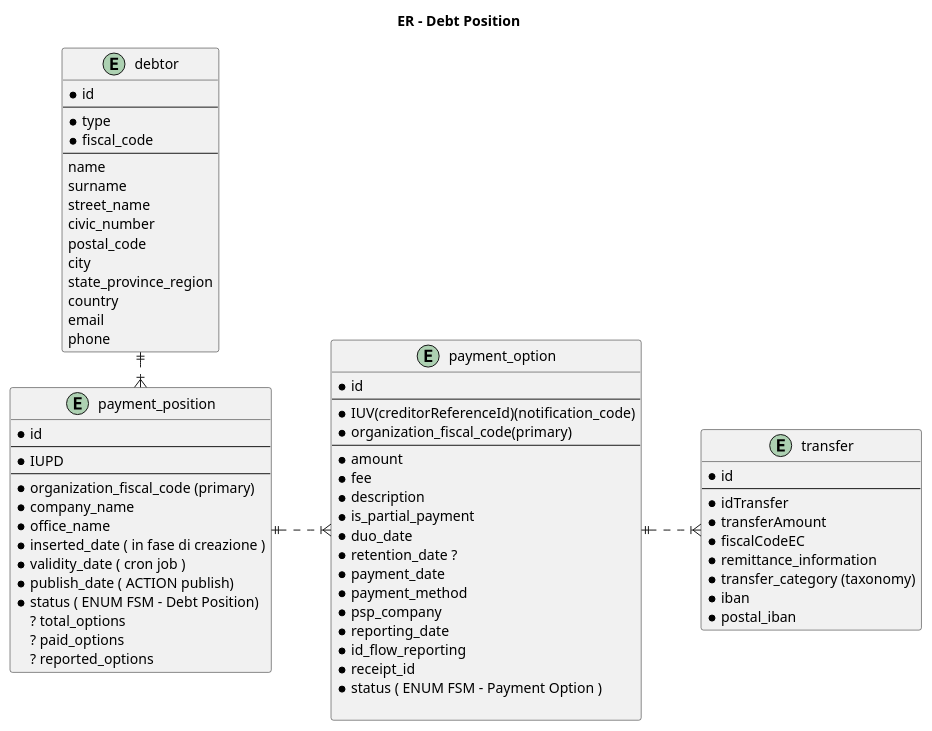
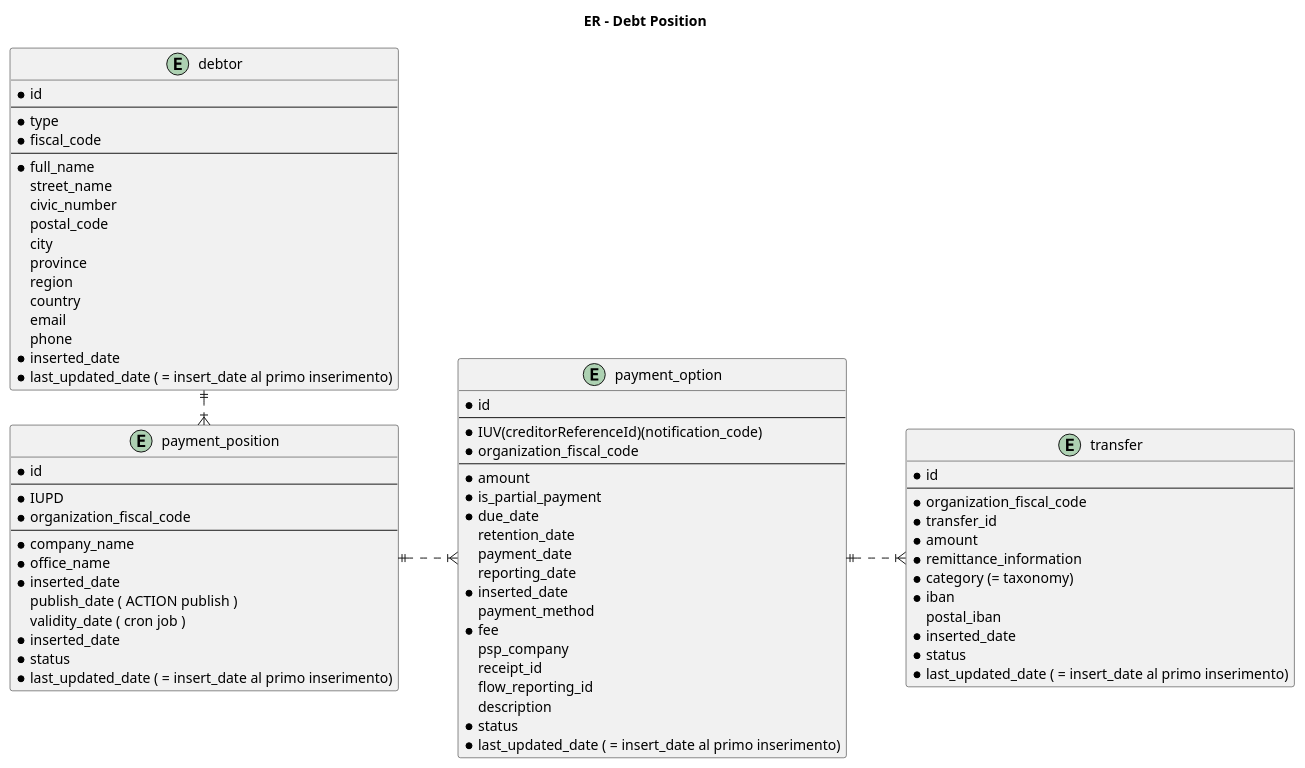
One commit to pagopa/pagopa-debt-position changed the diagram in gpd/doc/db/re.puml. Above: the diagram before and after it, drawn with PlantUML. The commit also changed 22 other files, not shown here.

```diff
--- a/gpd/doc/db/re.puml
+++ b/gpd/doc/db/re.puml
@@ -1,80 +1,86 @@
 @startuml ER-debtPosition
 left to right direction
 
 title ER - Debt Position
 
 entity debtor {
   * id
   --
   * type
   * fiscal_code
   --
-  name
-  surname
+  * full_name
   street_name
   civic_number
   postal_code
   city
-  state_province_region
+  province
+  region
   country
   email
   phone
+  * inserted_date
+  * last_updated_date ( = insert_date al primo inserimento)
 }
+
 
 entity payment_position {
   * id
   --
   * IUPD
+  * organization_fiscal_code
   --
-  * organization_fiscal_code (primary)
   * company_name
   * office_name
-  * inserted_date ( in fase di creazione )
-  * validity_date ( cron job )
-  * publish_date ( ACTION publish)
-  * status ( ENUM FSM - Debt Position)
-  ? total_options
-  ? paid_options
-  ? reported_options
+  * inserted_date 
+    publish_date ( ACTION publish )
+    validity_date ( cron job )
+  * inserted_date 
+  * status 
+  * last_updated_date ( = insert_date al primo inserimento)
 }
+
 
 entity payment_option {
   * id
   --
   * IUV(creditorReferenceId)(notification_code)
-  * organization_fiscal_code(primary)
+  * organization_fiscal_code
   --
   * amount
+  * is_partial_payment
+  * due_date
+    retention_date
+    payment_date
+    reporting_date
+  * inserted_date
+    payment_method
   * fee
-  * description
-  * is_partial_payment
-  * duo_date
-  * retention_date ?
-  ' payment info
-  * payment_date
-  * payment_method
-  * psp_company
-  ' rendicontazione
-  * reporting_date
-  * id_flow_reporting
-  * receipt_id
-  * status ( ENUM FSM - Payment Option )
+    psp_company
+    receipt_id
+    flow_reporting_id
+    description
+  * status
+  * last_updated_date ( = insert_date al primo inserimento)
+}
 
-}
 
 entity transfer {
   * id
   --
-  * idTransfer
-  * transferAmount
-  * fiscalCodeEC
+  * organization_fiscal_code
+  * transfer_id
+  * amount
   * remittance_information
-  * transfer_category (taxonomy)
+  * category (= taxonomy)
   * iban
-  * postal_iban
+    postal_iban
+  * inserted_date
+  * status
+  * last_updated_date ( = insert_date al primo inserimento) 
 }
 
 debtor ||.|{ payment_position
 payment_position ||..|{ payment_option
 payment_option ||..|{ transfer
 @enduml
```
